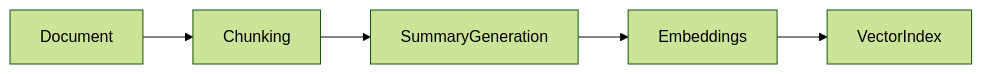
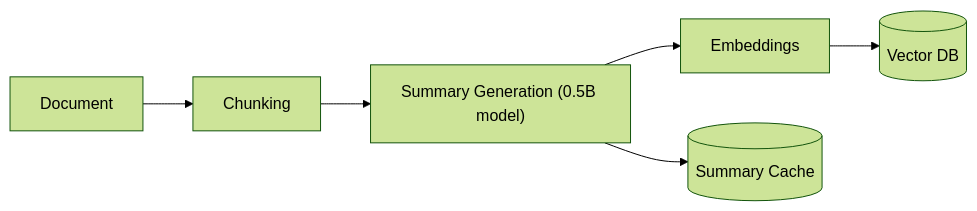
Before and after one commit to vanshksingh/Thread-RAG: diagram 13 of 19 in README.md, drawn with Mermaid (forest theme). The commit also changed other lines of this file, not shown here.

First line of the commit message:
Revise THREAD-RAG architecture details in README

````diff
--- a/README.md
+++ b/README.md
@@ -289,4 +265,6 @@
 ```mermaid
 flowchart LR
-Document --> Chunking --> SummaryGeneration --> Embeddings --> VectorIndex
+Document --> Chunking --> SummaryGeneration["Summary Generation (0.5B model)"]
+SummaryGeneration --> Embeddings --> VectorIndex[("Vector DB")]
+SummaryGeneration --> SummaryCache[("Summary Cache")]
 ```
````
